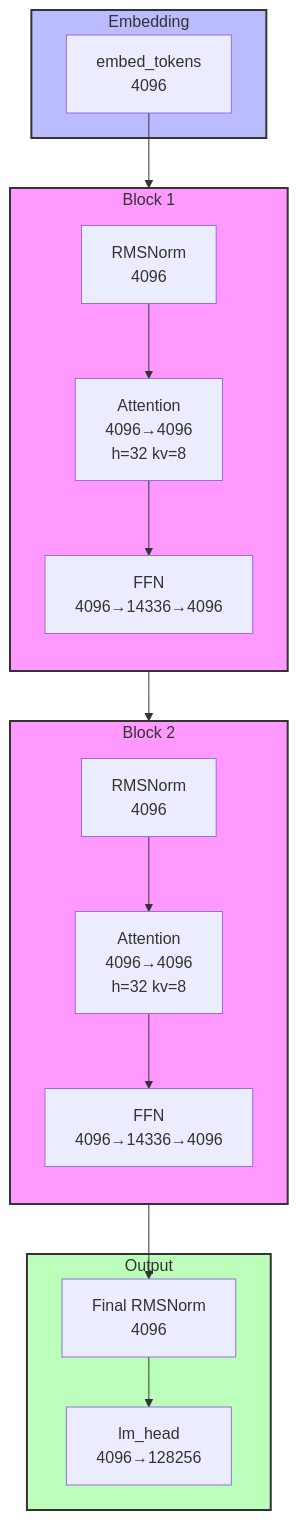
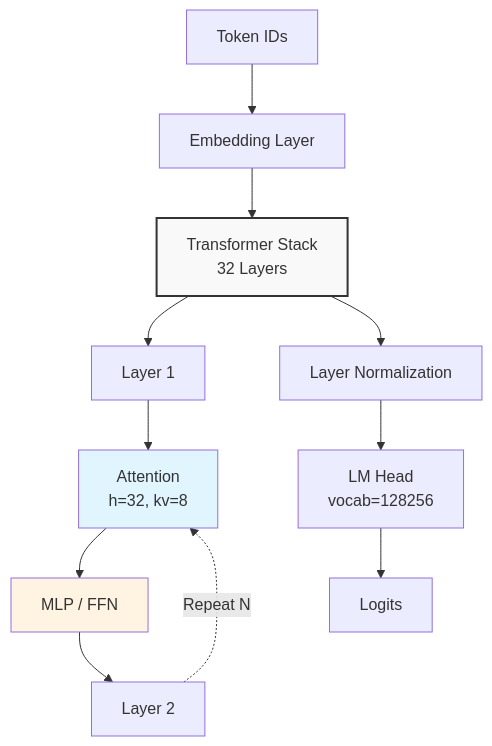
The second of 3 diagrams in create_model_arch_diagram/SKILL.md (kevinoldching/agent-skills), drawn with Mermaid before and after one commit. The commit also changed other lines of this file, not shown here.

First line of the commit message:
refactor: update Mermaid examples with cleaner style per user feedback

````diff
--- a/create_model_arch_diagram/SKILL.md
+++ b/create_model_arch_diagram/SKILL.md
@@ -295,39 +277,19 @@
 ```mermaid
 graph TB
-    subgraph Embedding
-        E[embed_tokens<br/>4096]
-    end
+    Input[Token IDs] --> Embed[Embedding Layer]
+    Embed --> TransformerStack[Transformer Stack<br/>32 Layers]
 
-    subgraph Block_1[Block 1]
-        direction TB
-        N1[RMSNorm<br/>4096]
-        A1[Attention<br/>4096→4096<br/>h=32 kv=8]
-        F1[FFN<br/>4096→14336→4096]
-        N1 --> A1
-        A1 --> F1
-    end
+    TransformerStack --> Layer1[Layer 1]
+    Layer1 --> Attention1[Attention<br/>h=32, kv=8]
+    Attention1 --> MLP1[MLP / FFN]
+    MLP1 --> Layer2[Layer 2]
+    Layer2 -.->|Repeat N| Attention1
 
-    subgraph Block_2[Block 2]
-        direction TB
-        N2[RMSNorm<br/>4096]
-        A2[Attention<br/>4096→4096<br/>h=32 kv=8]
-        F2[FFN<br/>4096→14336→4096]
-        N2 --> A2
-        A2 --> F2
-    end
+    TransformerStack --> Norm[Layer Normalization]
+    Norm --> LMHead[LM Head<br/>vocab=128256]
+    LMHead --> Output[Logits]
 
-    subgraph Output
-        LN[Final RMSNorm<br/>4096]
-        LM[lm_head<br/>4096→128256]
-    end
-
-    E --> N1
-    N1 --> N2
-    N2 --> LN
-    LN --> LM
-
-    style Block_1 fill:#f9f,stroke:#333,stroke-width:2px
-    style Block_2 fill:#f9f,stroke:#333,stroke-width:2px
-    style Embedding fill:#bbf,stroke:#333,stroke-width:2px
-    style Output fill:#bfb,stroke:#333,stroke-width:2px
+    style TransformerStack fill:#f9f9f9,stroke:#333,stroke-width:2px
+    style Attention1 fill:#e1f5ff
+    style MLP1 fill:#fff4e1
 ```
````
